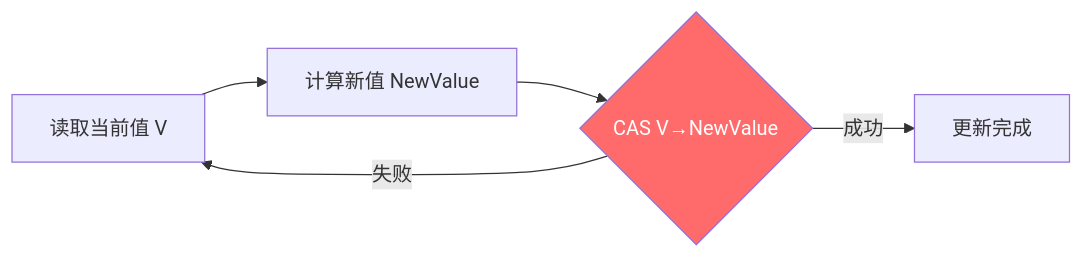
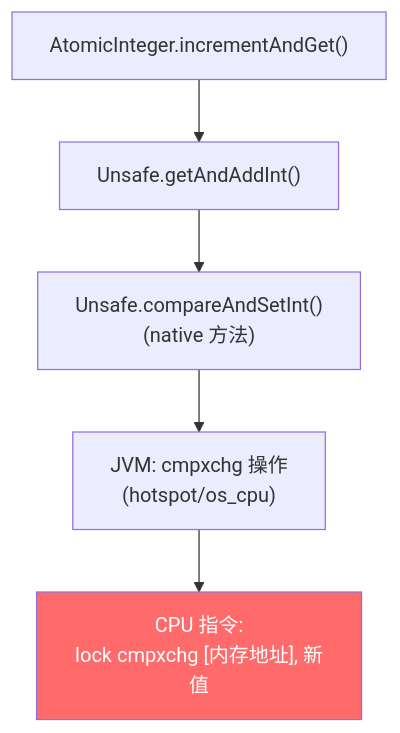
One commit to qigao0787-ops/gq-test changed diagram 18 of 36 in document/strengthen/并发编程面试总结_增强版.md. Above: the diagram before and after it, drawn with Mermaid. The commit also changed other lines of this file, not shown here.

````diff
--- a/document/strengthen/并发编程面试总结_增强版.md
+++ b/document/strengthen/并发编程面试总结_增强版.md
@@ -650,9 +1195,9 @@
 ```mermaid
-flowchart LR
-    A[读取当前值 V] --> B[计算新值 NewValue]
-    B --> C{CAS V→NewValue}
-    C -->|成功| D[更新完成]
-    C -->|失败| A
+flowchart TD
+    A["AtomicInteger.incrementAndGet()"] --> B["Unsafe.getAndAddInt()"]
+    B --> C["Unsafe.compareAndSetInt()<br/>(native 方法)"]
+    C --> D["JVM: cmpxchg 操作<br/>(hotspot/os_cpu)"]
+    D --> E["CPU 指令:<br/>lock cmpxchg [内存地址], 新值"]
 
-    style C fill:#ff6b6b,color:#fff
+    style E fill:#ff6b6b,color:#fff
 ```
````
